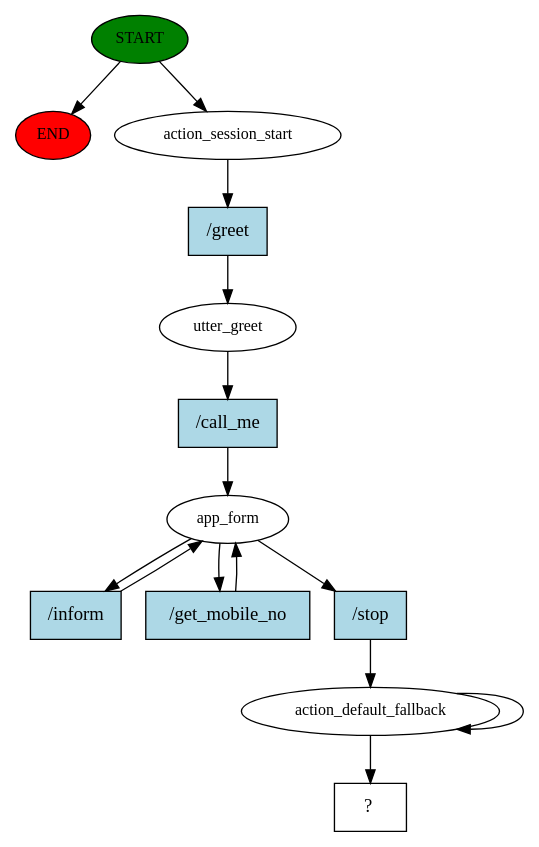
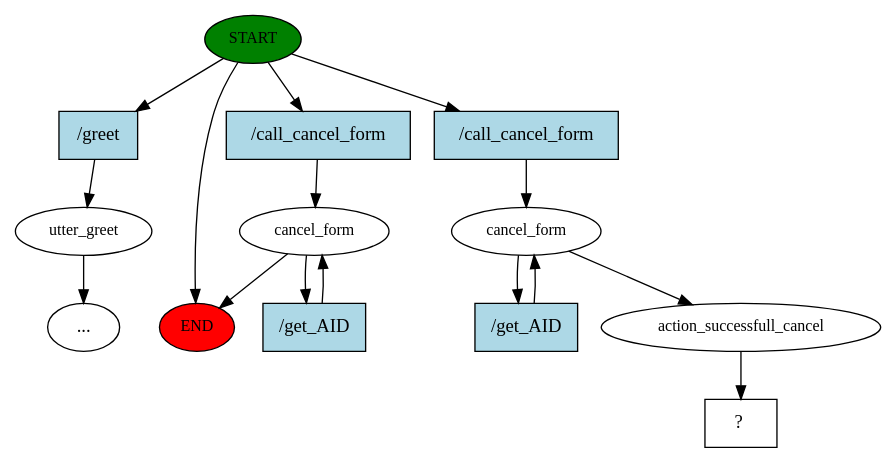
The diagram in chatbot/story_graph.dot (VrajPatelK/Patient-Appointment), drawn with Graphviz before and after one commit. The commit also changed 23 other files, not shown here.

```diff
--- a/chatbot/story_graph.dot
+++ b/chatbot/story_graph.dot
@@ -1,28 +1,30 @@
 digraph  {
 0 [class="start active", fillcolor=green, fontsize=12, label=START, style=filled];
 "-1" [class=end, fillcolor=red, fontsize=12, label=END, style=filled];
-1 [class=active, fontsize=12, label=action_session_start];
-2 [class=active, fontsize=12, label=utter_greet];
-3 [class=active, fontsize=12, label=app_form];
-7 [class=active, fontsize=12, label=action_default_fallback];
-9 [class="intent dashed active", label="  ?  ", shape=rect];
-10 [class="intent active", fillcolor=lightblue, label="/greet", shape=rect, style=filled];
-11 [class="intent active", fillcolor=lightblue, label="/call_me", shape=rect, style=filled];
-12 [class="intent active", fillcolor=lightblue, label="/inform", shape=rect, style=filled];
-13 [class="intent active", fillcolor=lightblue, label="/get_mobile_no", shape=rect, style=filled];
-14 [class="intent active", fillcolor=lightblue, label="/stop", shape=rect, style=filled];
+1 [class="", fontsize=12, label=utter_greet];
+"-7" [class=ellipsis, label="..."];
+6 [class="", fontsize=12, label=cancel_form];
+8 [class=active, fontsize=12, label=cancel_form];
+10 [class=active, fontsize=12, label=action_successfull_cancel];
+11 [class="intent dashed active", label="  ?  ", shape=rect];
+12 [class=intent, fillcolor=lightblue, label="/greet", shape=rect, style=filled];
+13 [class=intent, fillcolor=lightblue, label="/call_cancel_form", shape=rect, style=filled];
+14 [class="intent active", fillcolor=lightblue, label="/call_cancel_form", shape=rect, style=filled];
+15 [class=intent, fillcolor=lightblue, label="/get_AID", shape=rect, style=filled];
+16 [class="intent active", fillcolor=lightblue, label="/get_AID", shape=rect, style=filled];
 0 -> "-1"  [class="", key=NONE, label=""];
-0 -> 1  [class=active, key=NONE, label=""];
-1 -> 10  [class=active, key=0];
-2 -> 11  [class=active, key=0];
-3 -> 12  [class=active, key=0];
-3 -> 13  [class=active, key=0];
-3 -> 14  [class=active, key=0];
-7 -> 9  [class=active, key=NONE, label=""];
-7 -> 7  [class=active, key=NONE, label=""];
-10 -> 2  [class=active, key=0];
-11 -> 3  [class=active, key=0];
-12 -> 3  [class=active, key=0];
-13 -> 3  [class=active, key=0];
-14 -> 7  [class=active, key=0];
+0 -> 12  [class="", key=0];
+0 -> 13  [class="", key=0];
+0 -> 14  [class=active, key=0];
+1 -> "-7"  [class="", key=NONE, label=""];
+6 -> "-1"  [class="", key=NONE, label=""];
+6 -> 15  [class="", key=0];
+8 -> 10  [class=active, key=NONE, label=""];
+8 -> 16  [class=active, key=0];
+10 -> 11  [class=active, key=NONE, label=""];
+12 -> 1  [class="", key=0];
+13 -> 6  [class="", key=0];
+14 -> 8  [class=active, key=0];
+15 -> 6  [class="", key=0];
+16 -> 8  [class=active, key=0];
 }
```
